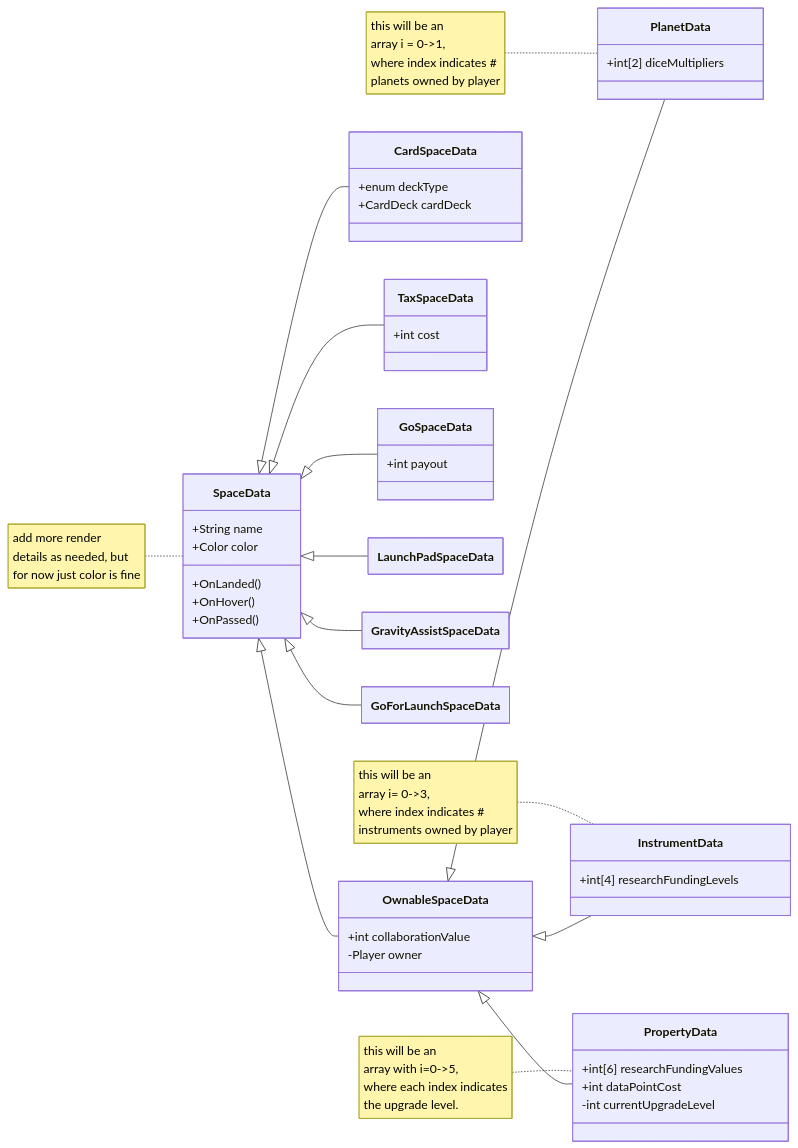
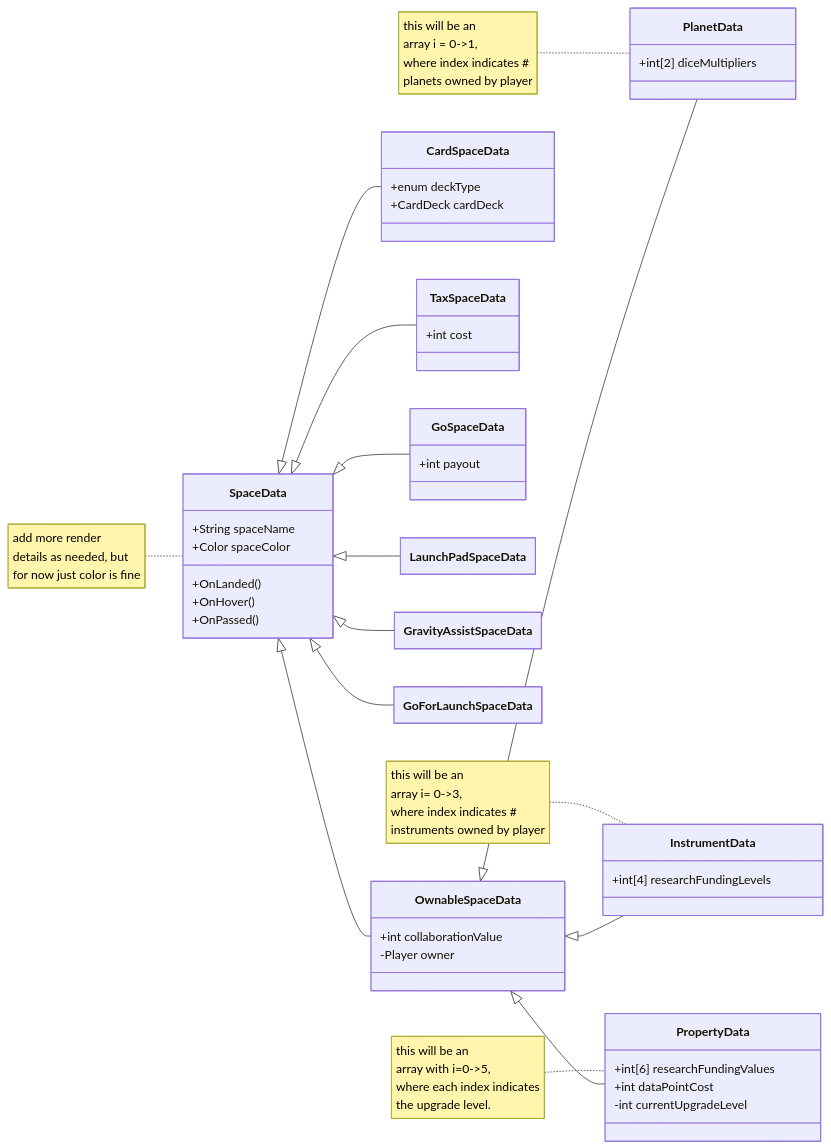
Before and after one commit to missiontopsyche-platinum/platinum_24a_game_psycheopoly-se: the diagram in Assets/Scripts/Data/SpaceData/SpaceData-Hierarchy.mmd, drawn with Mermaid. The commit also changed 4 other files, not shown here.

```diff
--- a/Assets/Scripts/Data/SpaceData/SpaceData-Hierarchy.mmd
+++ b/Assets/Scripts/Data/SpaceData/SpaceData-Hierarchy.mmd
@@ -1,76 +1,76 @@
 ---
 config:
     class:
         hideEmptyMembersBox: true
 ---
 classDiagram
     direction LR
     
     note for SpaceData  "add more render
                         details as needed, but
                         for now just color is fine"
     class SpaceData{
-        +String name
-        +Color color
+        +String spaceName
+        +Color spaceColor
         +OnLanded()
         +OnHover()
         +OnPassed()
     }
     class OwnableSpaceData{
         +int collaborationValue
         -Player owner
     }
     
     note for PropertyData       "this will be an
                                 array with i=0->5,
                                 where each index indicates
                                 the upgrade level."
     class PropertyData{
         +int[6] researchFundingValues
         +int dataPointCost
         -int currentUpgradeLevel
     }
     
     note for PlanetData         "this will be an
                                 array i = 0->1,
                                 where index indicates # 
                                 planets owned by player"
     class PlanetData{
         +int[2] diceMultipliers
     }
     
     note for InstrumentData     "this will be an
                                 array i= 0->3,
                                 where index indicates #
                                 instruments owned by player"
     class InstrumentData{
         +int[4] researchFundingLevels
     }
     
     class CardSpaceData{
         +enum deckType
         +CardDeck cardDeck
     }
     
     class TaxSpaceData{
         +int cost
     }
     
     class GoSpaceData{
         +int payout
     }
 
     class LaunchPadSpaceData
     class GravityAssistSpaceData
     class GoForLaunchSpaceData
 
     SpaceData <|-- TaxSpaceData
     SpaceData <|-- GoSpaceData
     SpaceData <|-- GoForLaunchSpaceData
     SpaceData <|-- GravityAssistSpaceData
     SpaceData <|-- LaunchPadSpaceData
     SpaceData <|-- CardSpaceData
     SpaceData <|-- OwnableSpaceData
     OwnableSpaceData <|-- PlanetData
     OwnableSpaceData <|-- InstrumentData
     OwnableSpaceData <|-- PropertyData
```
